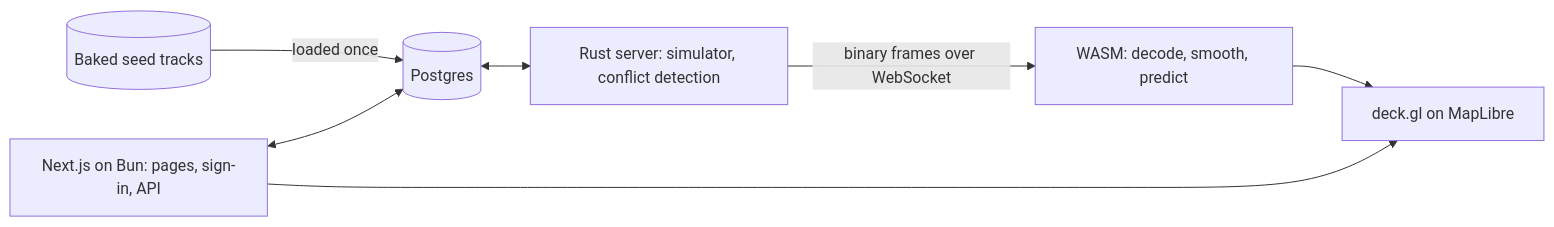
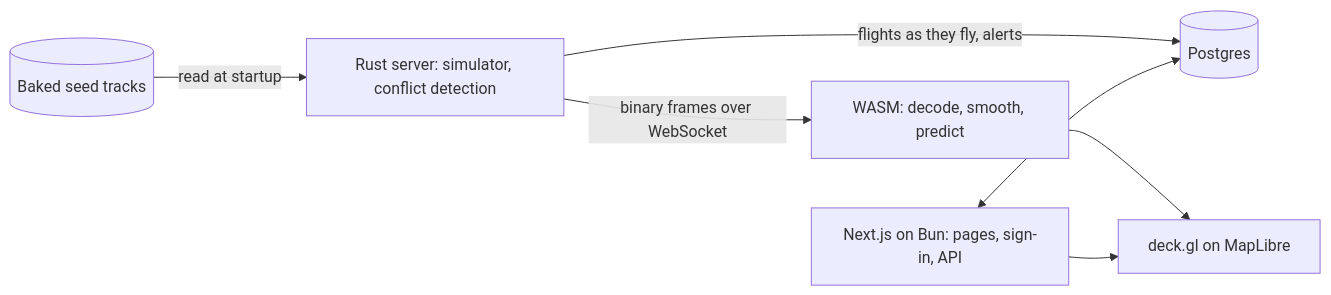
Before and after one commit to ghoti143/atcdemo: the diagram in README.md, drawn with Mermaid. The commit also changed other lines of this file and 1 other file, not shown here.

Commit message:
Design: only the simulator knows the recording; atc-server records flights as they fly
Decided by the owner. The recording stops being data the whole system
can read and becomes the simulator's private input, so everything
downstream sees a flight only as far as it has flown, as with a live
feed.

- The simulator reads the seed file directly. It is no longer loaded
  into Postgres, and the setup service no longer has a loader.
- atc-server writes each real flight to Postgres as it flies: a flights
  row when it appears and its track in 60 s batches. Clones are not
  recorded; rows are pruned after three days.
- Trails come over the socket in a new track frame, built from the
  simulator's memory, so they cover clones and are complete from the
  first minute.
- The web API serves flight history only and cannot return the future.
- Prediction error is measured against the past: predict from a sample
  1, 2 and 5 minutes old and compare with the present position.
- Tracks are clipped to the corridor, so a flight leaving it disappears
  at the edge.

````diff
--- a/README.md
+++ b/README.md
@@ -31,9 +31,9 @@
 ```mermaid
 flowchart LR
-  SEED[("Baked seed tracks")] -->|"loaded once"| PG[("Postgres")]
-  PG <--> SERVER["Rust server: simulator, conflict detection"]
+  SEED[("Baked seed tracks")] -->|"read at startup"| SERVER["Rust server: simulator, conflict detection"]
+  SERVER -->|"flights as they fly, alerts"| PG[("Postgres")]
   SERVER -->|"binary frames over WebSocket"| WASM["WASM: decode, smooth, predict"]
   WASM --> MAP["deck.gl on MapLibre"]
   WEB["Next.js on Bun: pages, sign-in, API"] --> MAP
   WEB <--> PG
 ```
````
